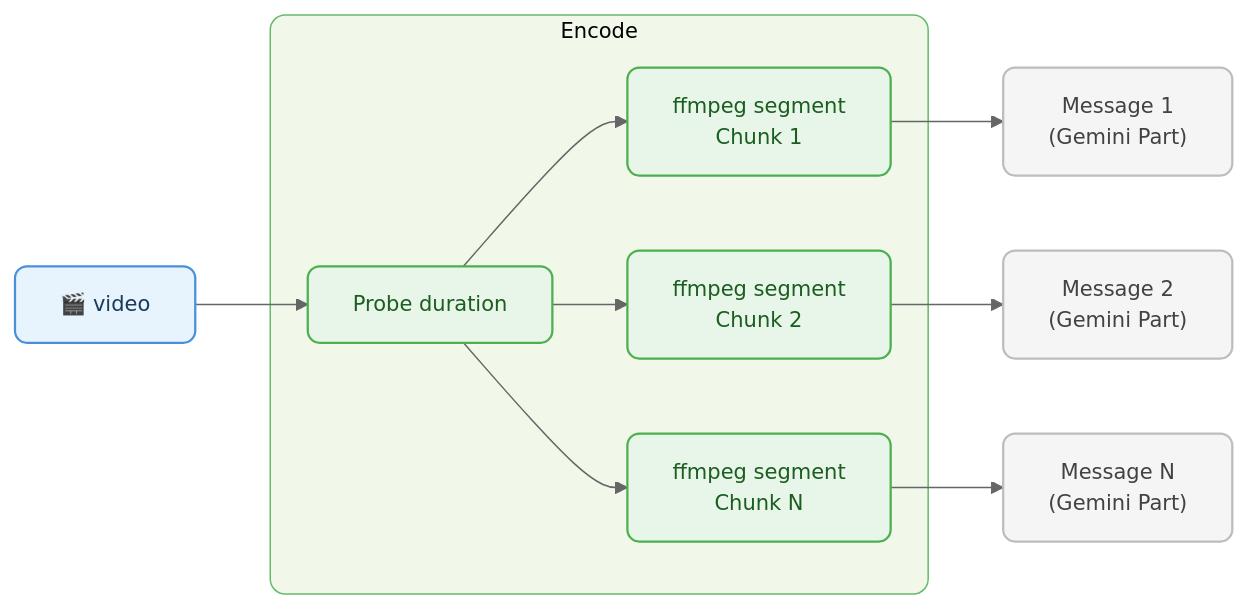
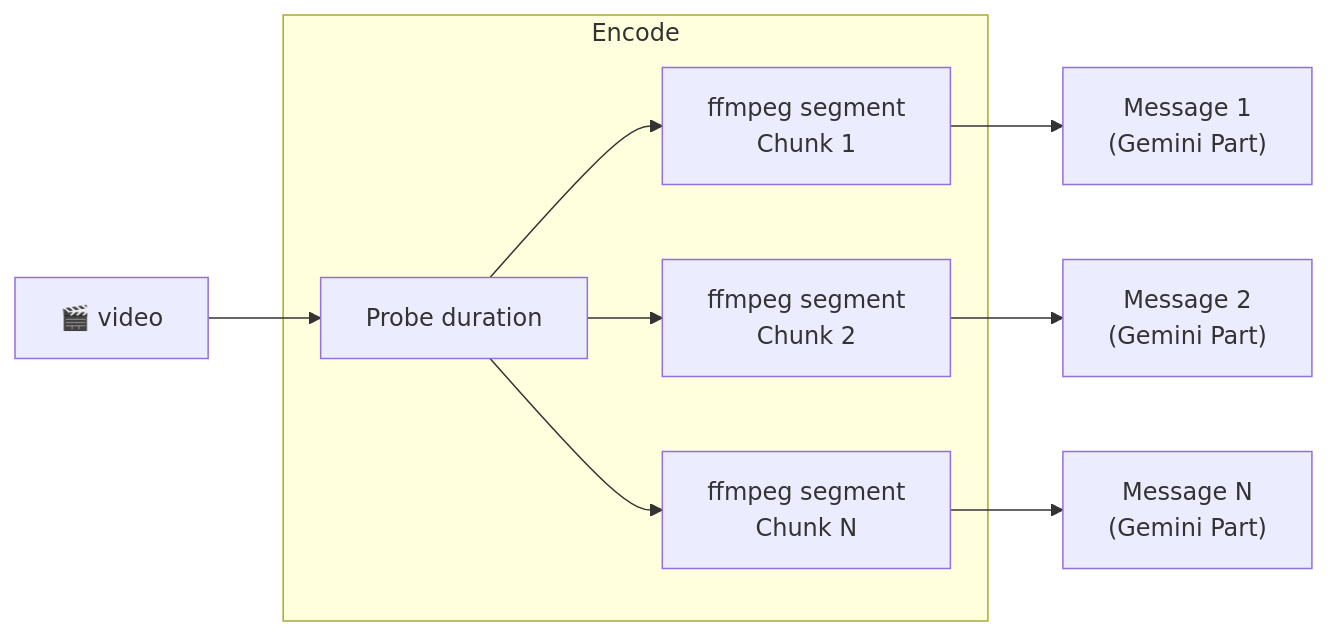
Before and after one commit to vlm-run/mm: the tenth of 17 diagrams in docs/ENCODERS.md, drawn with Mermaid. The commit also changed other lines of this file and 3 other files, not shown here.

````diff
--- a/docs/ENCODERS.md
+++ b/docs/ENCODERS.md
@@ -285,27 +222,20 @@
 ```mermaid
-%%{init: {'theme': 'base', 'themeVariables': { 'fontSize': '14px', 'primaryColor': '#e8f4fd', 'primaryBorderColor': '#4a90d9', 'lineColor': '#666'}}}%%
 graph LR
-  video["🎬 video"]:::input
+  video["🎬 video"]
 
   subgraph encode ["Encode"]
-    probe["Probe duration"]:::encode
-    c1["ffmpeg segment\nChunk 1"]:::encode
-    c2["ffmpeg segment\nChunk 2"]:::encode
-    c3["ffmpeg segment\nChunk N"]:::encode
+    probe["Probe duration"]
+    c1["ffmpeg segment\nChunk 1"]
+    c2["ffmpeg segment\nChunk 2"]
+    c3["ffmpeg segment\nChunk N"]
   end
 
-  m1["Message 1\n(Gemini Part)"]:::output
-  m2["Message 2\n(Gemini Part)"]:::output
-  m3["Message N\n(Gemini Part)"]:::output
+  m1["Message 1\n(Gemini Part)"]
+  m2["Message 2\n(Gemini Part)"]
+  m3["Message N\n(Gemini Part)"]
 
   video --> probe
   probe --> c1 --> m1
   probe --> c2 --> m2
   probe --> c3 --> m3
-
-  classDef input fill:#e8f4fd,stroke:#4a90d9,stroke-width:1.5px,color:#1a3a5c,rx:8
-  classDef encode fill:#e8f5e9,stroke:#4caf50,stroke-width:1.5px,color:#1b5e20,rx:8
-  classDef output fill:#f5f5f5,stroke:#bdbdbd,stroke-width:1.5px,color:#424242,rx:8
-
-  style encode fill:#f1f8e9,stroke:#66bb6a,stroke-width:1px,rx:10
 ```
````
